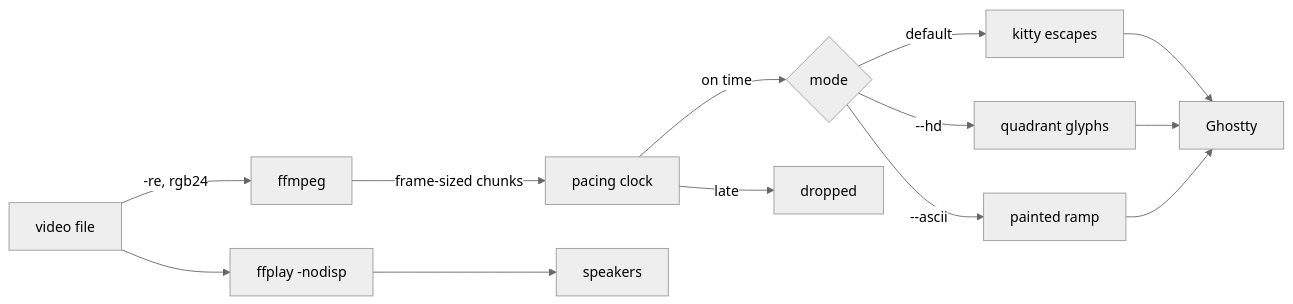
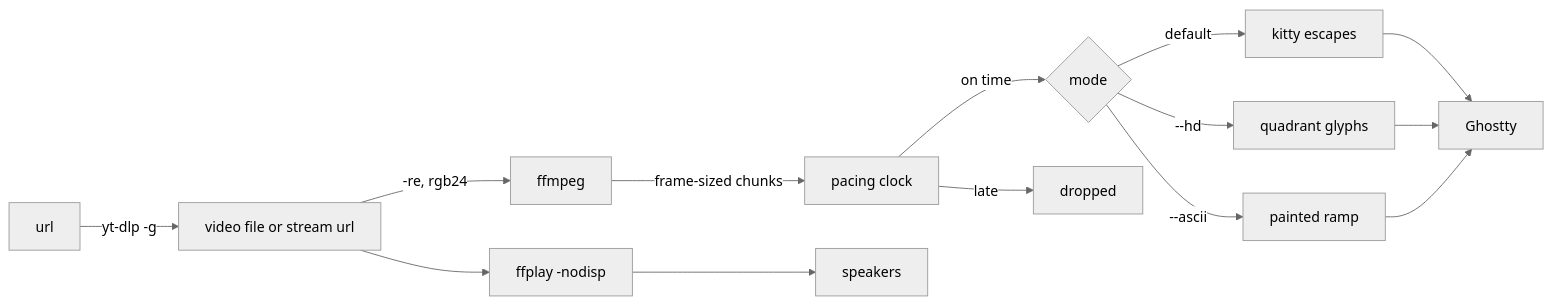
The diagram in README.md (nitrimandylis/jazz), drawn with Mermaid (neutral theme) before and after one commit. The commit also changed other lines of this file and 1 other file, not shown here.

Commit message:
document url playback

````diff
--- a/README.md
+++ b/README.md
@@ -66,13 +72,14 @@
 ```mermaid
 flowchart LR
-    V[video file] -->|"-re, rgb24"| F[ffmpeg]
+    U[url] -->|yt-dlp -g| V
+    V[video file or stream url] -->|"-re, rgb24"| F[ffmpeg]
     V --> P[ffplay -nodisp]
     F -->|frame-sized chunks| C[pacing clock]
     C -->|on time| R{mode}
     C -->|late| X[dropped]
     R -->|default| K[kitty escapes]
     R -->|--hd| Q[quadrant glyphs]
     R -->|--ascii| A[painted ramp]
     K & Q & A --> G[Ghostty]
     P --> S[speakers]
 ```
````
